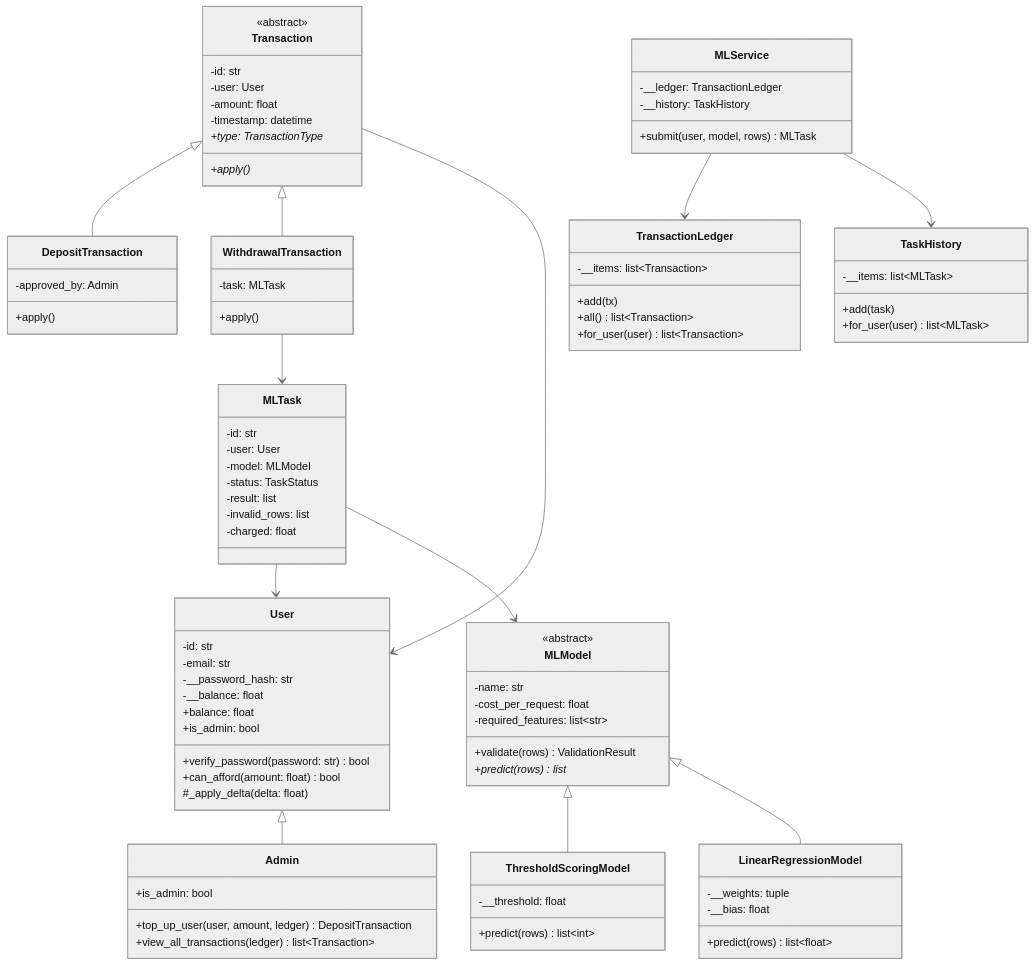
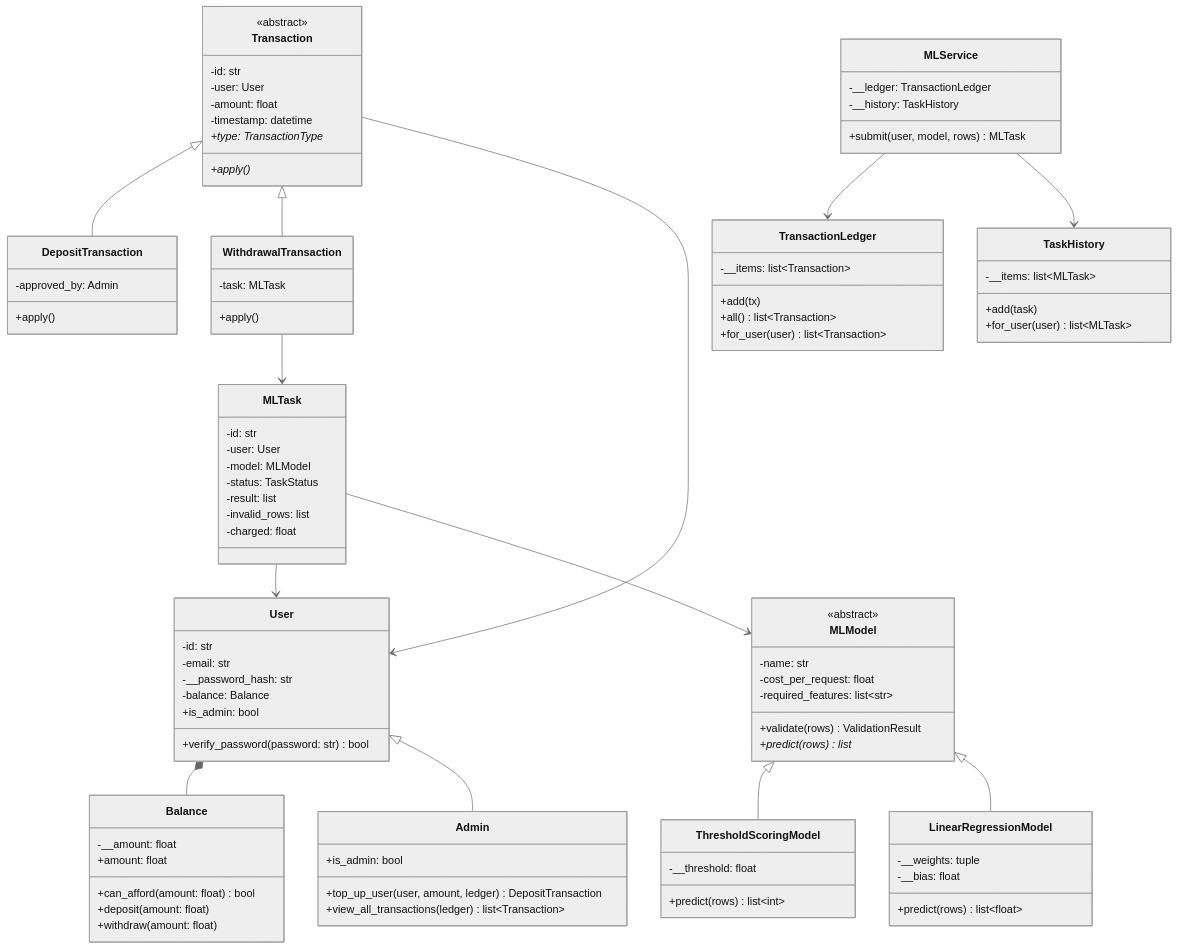
Before and after one commit to daniyartai/ml-service-billing: the diagram in README.md, drawn with Mermaid (neutral theme). The commit also changed other lines of this file and 2 other files, not shown here.

Commit message:
Исправление по замечанию: баланс вынесен в отдельную сущность Balance (SRP)

````diff
--- a/README.md
+++ b/README.md
@@ -32,15 +33,19 @@
 ```mermaid
 classDiagram
+    class Balance {
+        -__amount: float
+        +amount: float
+        +can_afford(amount: float) bool
+        +deposit(amount: float)
+        +withdraw(amount: float)
+    }
     class User {
         -id: str
         -email: str
         -__password_hash: str
-        -__balance: float
-        +balance: float
+        -balance: Balance
         +is_admin: bool
         +verify_password(password: str) bool
-        +can_afford(amount: float) bool
-        #_apply_delta(delta: float)
     }
     class Admin {
         +is_admin: bool
@@ -107,6 +112,7 @@
         +for_user(user) list~MLTask~
     }
 
+    User *-- Balance
     User <|-- Admin
     Transaction <|-- DepositTransaction
     Transaction <|-- WithdrawalTransaction
````
